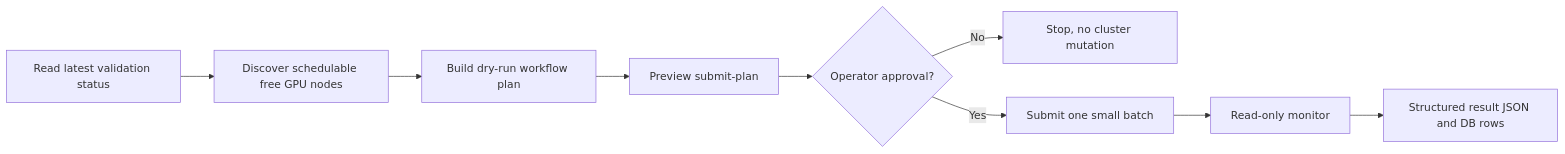
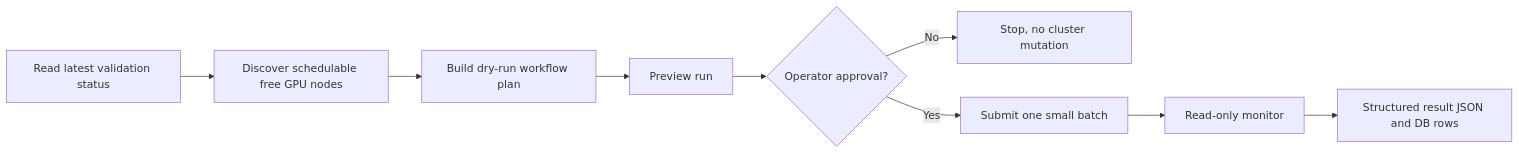
Before and after one commit to IamNirmata/c-val: the diagram in docs/README.md, drawn with Mermaid. The commit also changed 17 other files, not shown here.

````diff
--- a/docs/README.md
+++ b/docs/README.md
@@ -30,11 +30,11 @@
 ```mermaid
 flowchart LR
     Status[Read latest validation status] --> Discover[Discover schedulable free GPU nodes]
     Discover --> Plan[Build dry-run workflow plan]
-    Plan --> Preview[Preview submit-plan]
+    Plan --> Preview[Preview run]
     Preview --> Approval{Operator approval?}
     Approval -- No --> Stop[Stop, no cluster mutation]
     Approval -- Yes --> Submit[Submit one small batch]
     Submit --> Monitor[Read-only monitor]
     Monitor --> Results[Structured result JSON and DB rows]
 ```
````
